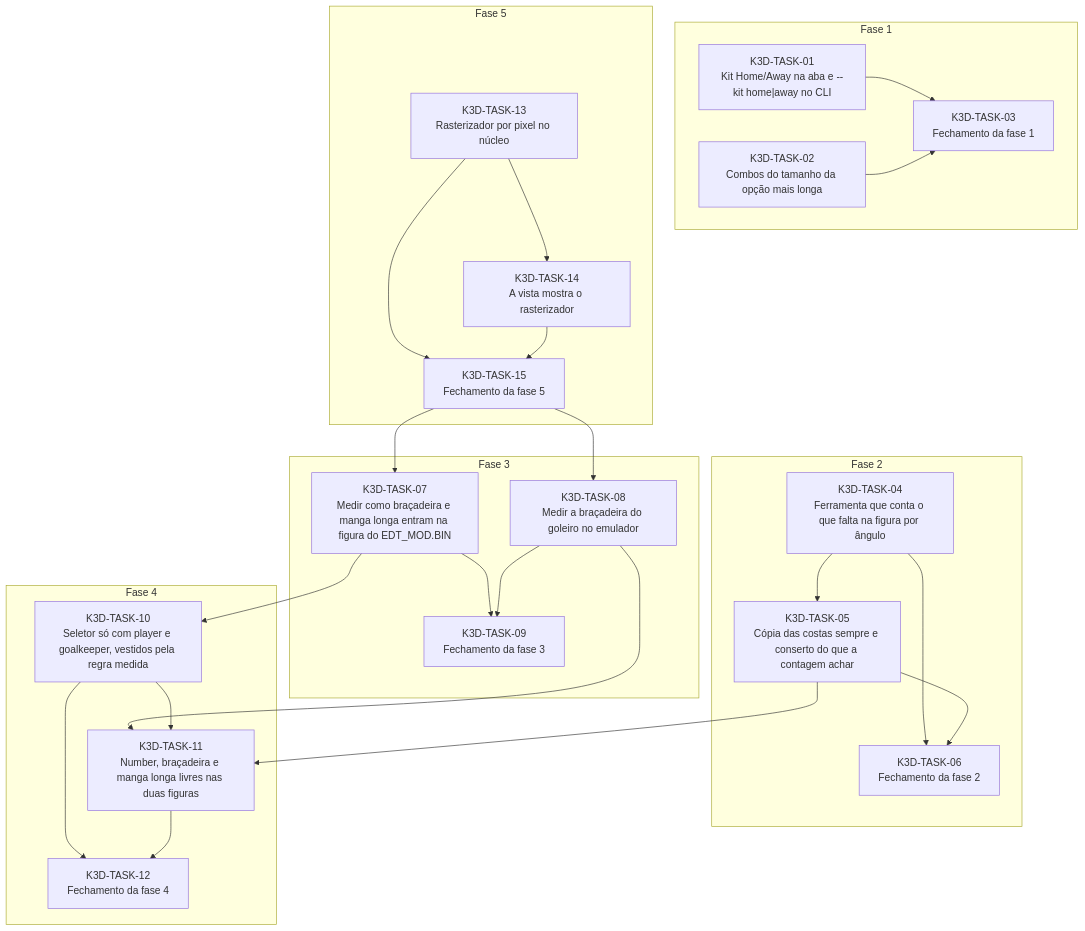
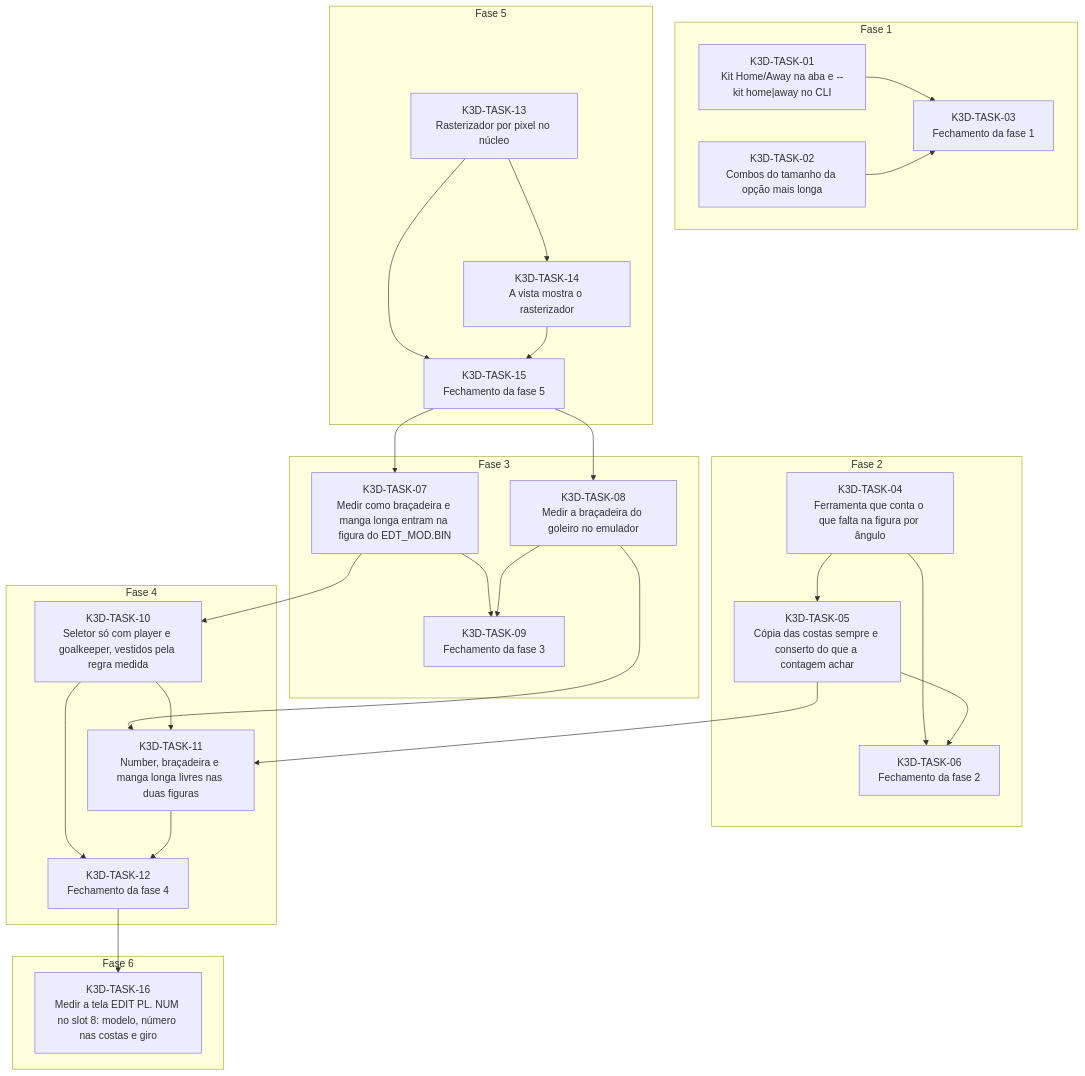
Before and after one commit to aguilasa/new-we2002-editor: the diagram in docs/tasks/kits-3d/progresso.md, drawn with Mermaid. The commit also changed other lines of this file and 2 other files, not shown here.

Commit message:
chore(rite): open K3D-TASK-16

````diff
--- a/docs/tasks/kits-3d/progresso.md
+++ b/docs/tasks/kits-3d/progresso.md
@@ -11,46 +11,50 @@
 ```mermaid
 graph TD
   subgraph phase_1["Fase 1"]
     K3D_TASK_01["K3D-TASK-01<br/>Kit Home/Away na aba e --kit home|away no CLI"]
     K3D_TASK_02["K3D-TASK-02<br/>Combos do tamanho da opção mais longa"]
     K3D_TASK_03["K3D-TASK-03<br/>Fechamento da fase 1"]
   end
   subgraph phase_2["Fase 2"]
     K3D_TASK_04["K3D-TASK-04<br/>Ferramenta que conta o que falta na figura por ângulo"]
     K3D_TASK_05["K3D-TASK-05<br/>Cópia das costas sempre e conserto do que a contagem achar"]
     K3D_TASK_06["K3D-TASK-06<br/>Fechamento da fase 2"]
   end
   subgraph phase_3["Fase 3"]
     K3D_TASK_07["K3D-TASK-07<br/>Medir como braçadeira e manga longa entram na figura do EDT_MOD.BIN"]
     K3D_TASK_08["K3D-TASK-08<br/>Medir a braçadeira do goleiro no emulador"]
     K3D_TASK_09["K3D-TASK-09<br/>Fechamento da fase 3"]
   end
   subgraph phase_4["Fase 4"]
     K3D_TASK_10["K3D-TASK-10<br/>Seletor só com player e goalkeeper, vestidos pela regra medida"]
     K3D_TASK_11["K3D-TASK-11<br/>Number, braçadeira e manga longa livres nas duas figuras"]
     K3D_TASK_12["K3D-TASK-12<br/>Fechamento da fase 4"]
   end
   subgraph phase_5["Fase 5"]
     K3D_TASK_13["K3D-TASK-13<br/>Rasterizador por pixel no núcleo"]
     K3D_TASK_14["K3D-TASK-14<br/>A vista mostra o rasterizador"]
     K3D_TASK_15["K3D-TASK-15<br/>Fechamento da fase 5"]
   end
+  subgraph phase_6["Fase 6"]
+    K3D_TASK_16["K3D-TASK-16<br/>Medir a tela EDIT PL. NUM no slot 8: modelo, número nas costas e giro"]
+  end
   K3D_TASK_01 --> K3D_TASK_03
   K3D_TASK_02 --> K3D_TASK_03
   K3D_TASK_04 --> K3D_TASK_05
   K3D_TASK_04 --> K3D_TASK_06
   K3D_TASK_05 --> K3D_TASK_06
   K3D_TASK_13 --> K3D_TASK_14
   K3D_TASK_13 --> K3D_TASK_15
   K3D_TASK_14 --> K3D_TASK_15
   K3D_TASK_15 --> K3D_TASK_07
   K3D_TASK_15 --> K3D_TASK_08
   K3D_TASK_07 --> K3D_TASK_09
   K3D_TASK_08 --> K3D_TASK_09
   K3D_TASK_07 --> K3D_TASK_10
   K3D_TASK_05 --> K3D_TASK_11
   K3D_TASK_08 --> K3D_TASK_11
   K3D_TASK_10 --> K3D_TASK_11
   K3D_TASK_10 --> K3D_TASK_12
   K3D_TASK_11 --> K3D_TASK_12
+  K3D_TASK_12 --> K3D_TASK_16
 ```
````
